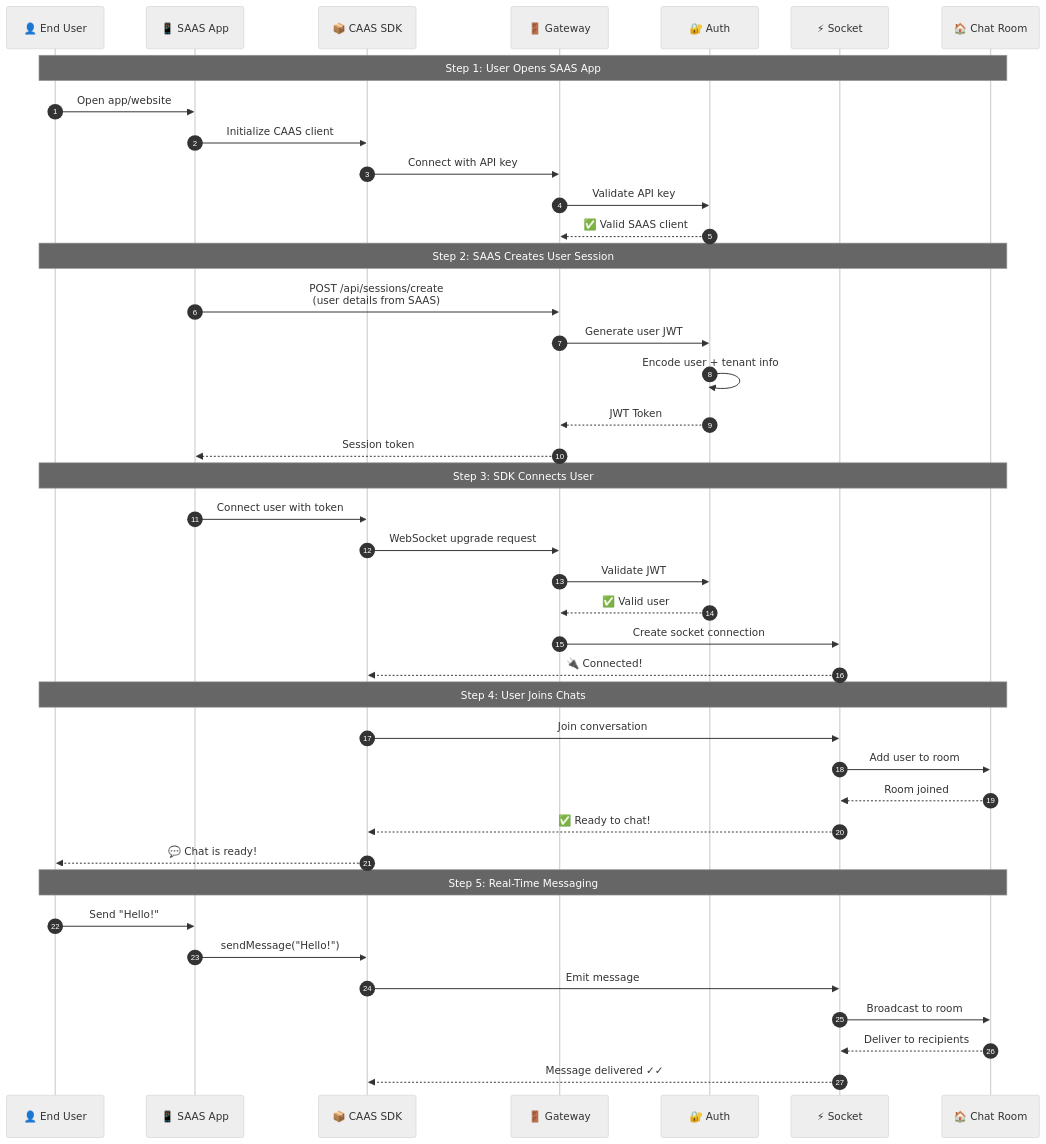
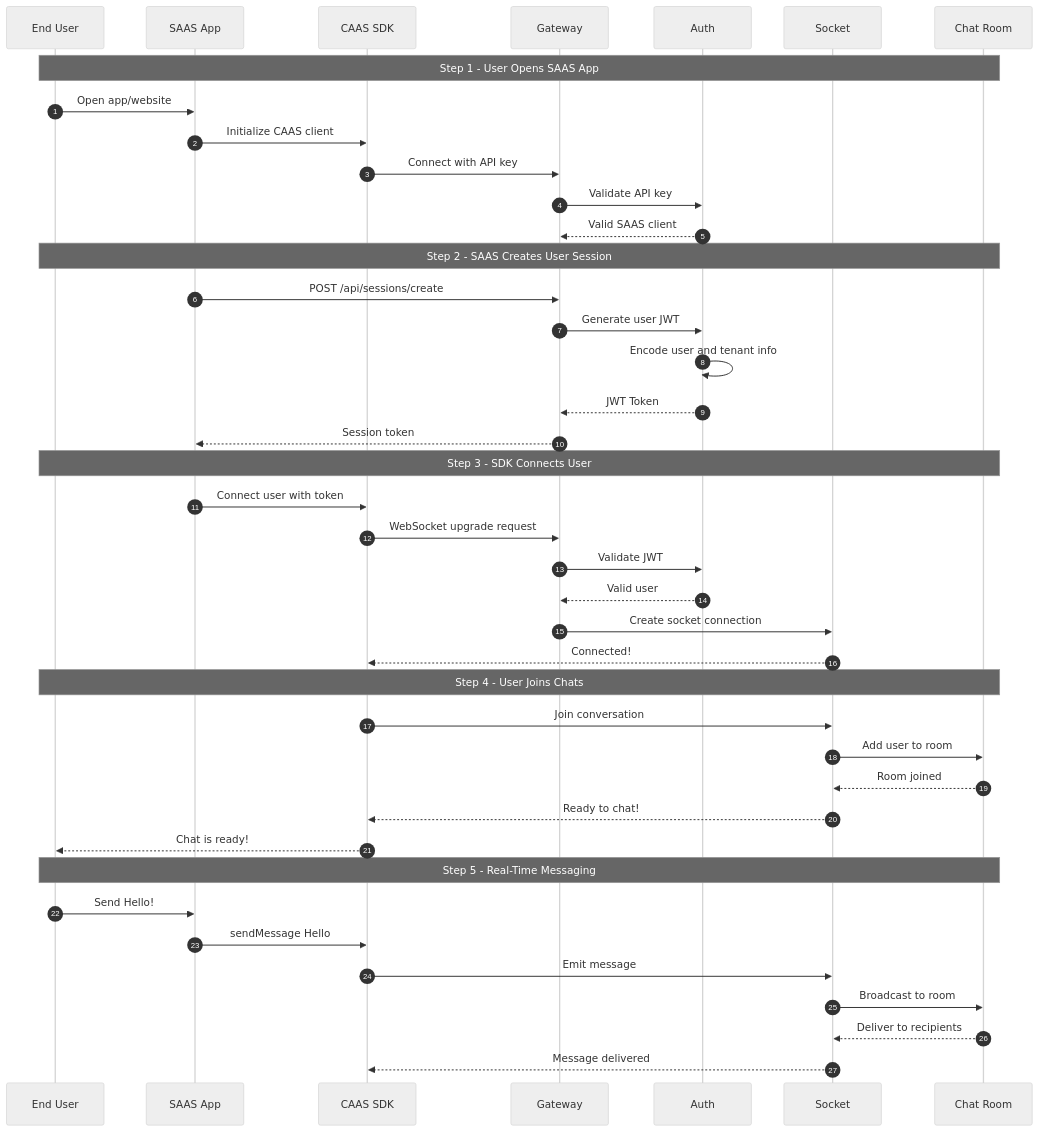
Before and after one commit to AtharvaBansod/CAAS: diagram 11 of 40 in docs/COMPLETE_PLATFORM_VISUAL_GUIDE.md, drawn with Mermaid (neutral theme). The commit also changed other lines of this file, not shown here.

````diff
--- a/docs/COMPLETE_PLATFORM_VISUAL_GUIDE.md
+++ b/docs/COMPLETE_PLATFORM_VISUAL_GUIDE.md
@@ -324,48 +363,48 @@
 ```mermaid
 sequenceDiagram
     autonumber
-    participant USER as 👤 End User
-    participant APP as 📱 SAAS App
-    participant SDK as 📦 CAAS SDK
-    participant GW as 🚪 Gateway
-    participant AUTH as 🔐 Auth
-    participant SOCKET as ⚡ Socket
-    participant ROOM as 🏠 Chat Room
+    participant USER as End User
+    participant APP as SAAS App
+    participant SDK as CAAS SDK
+    participant GW as Gateway
+    participant AUTH as Auth
+    participant SOCKET as Socket
+    participant ROOM as Chat Room
     
-    Note over USER,ROOM: Step 1: User Opens SAAS App
+    Note over USER,ROOM: Step 1 - User Opens SAAS App
     USER->>APP: Open app/website
     APP->>SDK: Initialize CAAS client
     SDK->>GW: Connect with API key
     GW->>AUTH: Validate API key
-    AUTH-->>GW: ✅ Valid SAAS client
+    AUTH-->>GW: Valid SAAS client
     
-    Note over USER,ROOM: Step 2: SAAS Creates User Session
-    APP->>GW: POST /api/sessions/create<br/>(user details from SAAS)
+    Note over USER,ROOM: Step 2 - SAAS Creates User Session
+    APP->>GW: POST /api/sessions/create
     GW->>AUTH: Generate user JWT
-    AUTH->>AUTH: Encode user + tenant info
+    AUTH->>AUTH: Encode user and tenant info
     AUTH-->>GW: JWT Token
     GW-->>APP: Session token
     
-    Note over USER,ROOM: Step 3: SDK Connects User
+    Note over USER,ROOM: Step 3 - SDK Connects User
     APP->>SDK: Connect user with token
     SDK->>GW: WebSocket upgrade request
     GW->>AUTH: Validate JWT
-    AUTH-->>GW: ✅ Valid user
+    AUTH-->>GW: Valid user
     GW->>SOCKET: Create socket connection
-    SOCKET-->>SDK: 🔌 Connected!
+    SOCKET-->>SDK: Connected!
     
-    Note over USER,ROOM: Step 4: User Joins Chats
+    Note over USER,ROOM: Step 4 - User Joins Chats
     SDK->>SOCKET: Join conversation
     SOCKET->>ROOM: Add user to room
     ROOM-->>SOCKET: Room joined
-    SOCKET-->>SDK: ✅ Ready to chat!
-    SDK-->>USER: 💬 Chat is ready!
+    SOCKET-->>SDK: Ready to chat!
+    SDK-->>USER: Chat is ready!
     
-    Note over USER,ROOM: Step 5: Real-Time Messaging
-    USER->>APP: Send "Hello!"
-    APP->>SDK: sendMessage("Hello!")
+    Note over USER,ROOM: Step 5 - Real-Time Messaging
+    USER->>APP: Send Hello!
+    APP->>SDK: sendMessage Hello
     SDK->>SOCKET: Emit message
     SOCKET->>ROOM: Broadcast to room
     ROOM-->>SOCKET: Deliver to recipients
-    SOCKET-->>SDK: Message delivered ✓✓
+    SOCKET-->>SDK: Message delivered
 ```
````
